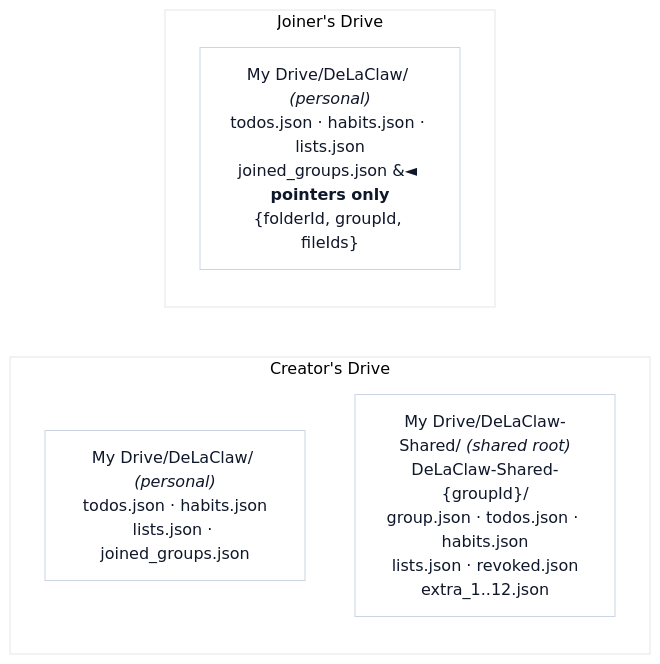
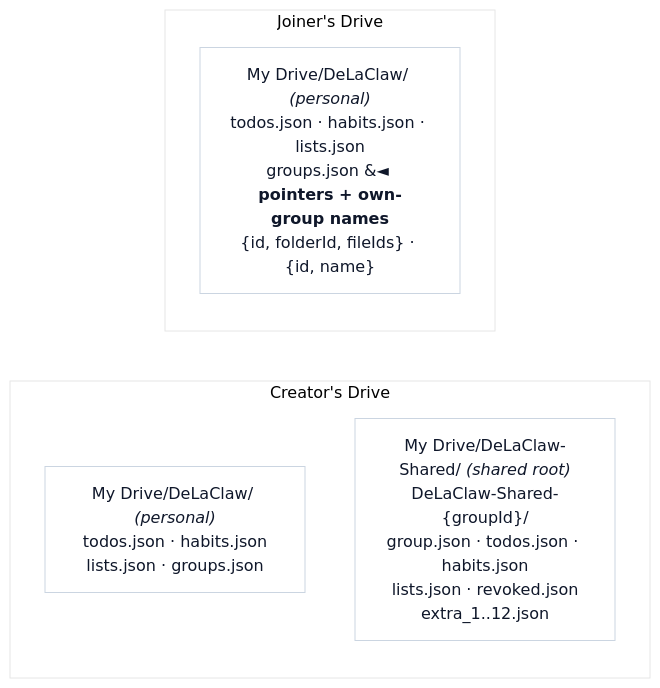
Before and after one commit to AntGro/DeLaClaw: the third of 12 diagrams in docs-site/sharing.md, drawn with Mermaid. The commit also changed other lines of this file and 27 other files, not shown here.

First line of the commit message:
feat(sharing): drive-sharing hardening batch (unified groups table, invite failures, intent-aware sync, permission audit)

````diff
--- a/docs-site/sharing.md
+++ b/docs-site/sharing.md
@@ -75,13 +71,13 @@
 ```mermaid
 %%{init: {'theme': 'base', 'themeVariables': {'background': '#fbfaf8', 'primaryColor': '#ffffff', 'primaryBorderColor': '#cbd5e1', 'primaryTextColor': '#0f172a', 'lineColor': '#334155'}}}%%
 flowchart LR
     subgraph CD["Creator's Drive"]
         direction TB
-        CDP["My Drive/DeLaClaw/ <i>(personal)</i><br/>todos.json · habits.json<br/>lists.json · joined_groups.json"]
+        CDP["My Drive/DeLaClaw/ <i>(personal)</i><br/>todos.json · habits.json<br/>lists.json · groups.json"]
         CDS["My Drive/DeLaClaw-Shared/ <i>(shared root)</i><br/>DeLaClaw-Shared-{groupId}/<br/>group.json · todos.json · habits.json<br/>lists.json · revoked.json<br/>extra_1..12.json"]
     end
     subgraph JD["Joiner's Drive"]
         direction TB
-        JDP["My Drive/DeLaClaw/ <i>(personal)</i><br/>todos.json · habits.json · lists.json<br/>joined_groups.json &#9668; <b>pointers only</b><br/>{folderId, groupId, fileIds}"]
+        JDP["My Drive/DeLaClaw/ <i>(personal)</i><br/>todos.json · habits.json · lists.json<br/>groups.json &#9668; <b>pointers + own-group names</b><br/>{id, folderId, fileIds} · {id, name}"]
     end
 ```
````
